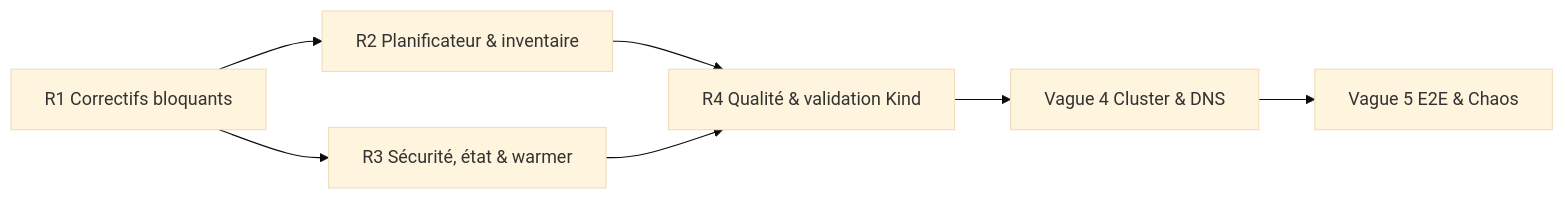
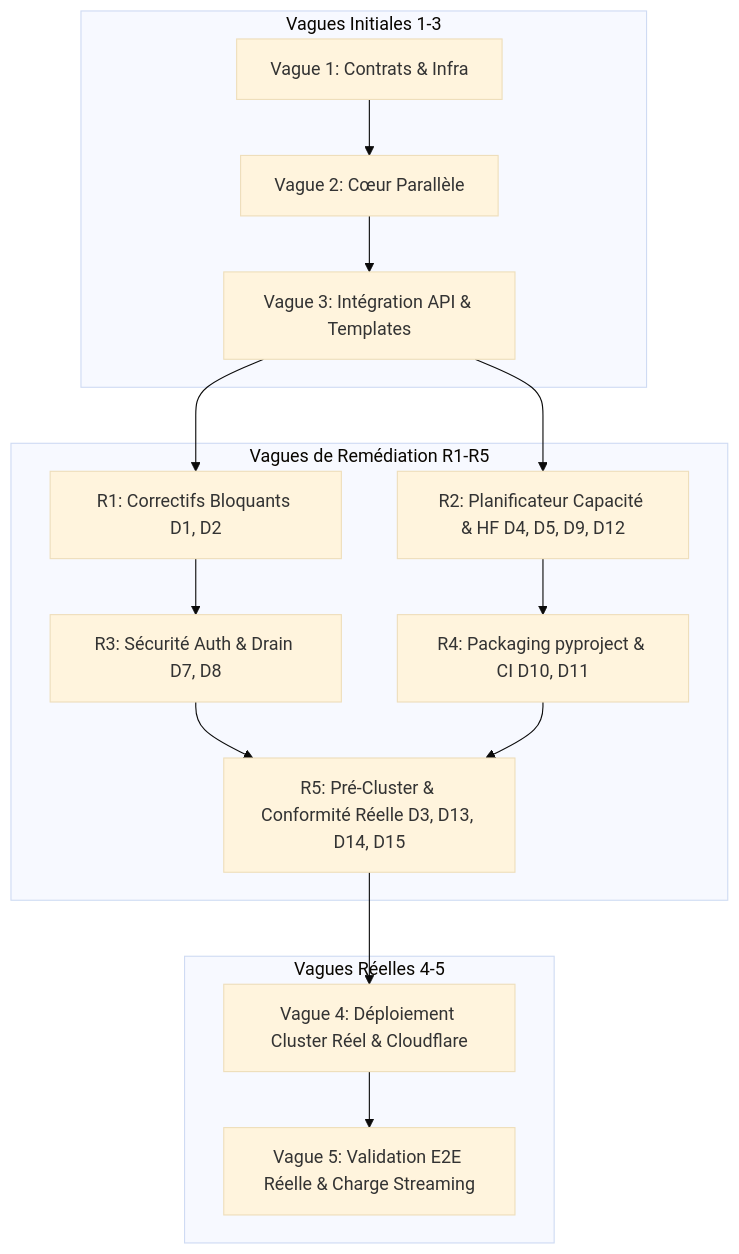
The diagram in agent-plan.md (rtivolle/ai-inference-platform), drawn with Mermaid (base theme) before and after one commit. The commit also changed other lines of this file and 28 other files, not shown here.

````diff
--- a/agent-plan.md
+++ b/agent-plan.md
@@ -254,9 +407,21 @@
 ```mermaid
-flowchart LR
-    R1["R1 Correctifs bloquants"] --> R2["R2 Planificateur & inventaire"]
-    R1 --> R3["R3 Sécurité, état & warmer"]
-    R2 --> R4["R4 Qualité & validation Kind"]
-    R3 --> R4
-    R4 --> W4["Vague 4 Cluster & DNS"]
-    W4 --> W5["Vague 5 E2E & Chaos"]
+flowchart TD
+    subgraph Squelette_Initial [Vagues Initiales 1-3]
+        W1[Vague 1: Contrats & Infra] --> W2[Vague 2: Cœur Parallèle]
+        W2 --> W3[Vague 3: Intégration API & Templates]
+    end
+
+    subgraph Remédiation [Vagues de Remédiation R1-R5]
+        W3 --> R1[R1: Correctifs Bloquants D1, D2]
+        W3 --> R2[R2: Planificateur Capacité & HF D4, D5, D9, D12]
+        R1 --> R3[R3: Sécurité Auth & Drain D7, D8]
+        R2 --> R4[R4: Packaging pyproject & CI D10, D11]
+        R3 --> R5[R5: Pré-Cluster & Conformité Réelle D3, D13, D14, D15]
+        R4 --> R5
+    end
+
+    subgraph Production [Vagues Réelles 4-5]
+        R5 --> W4[Vague 4: Déploiement Cluster Réel & Cloudflare]
+        W4 --> W5[Vague 5: Validation E2E Réelle & Charge Streaming]
+    end
 ```
````
